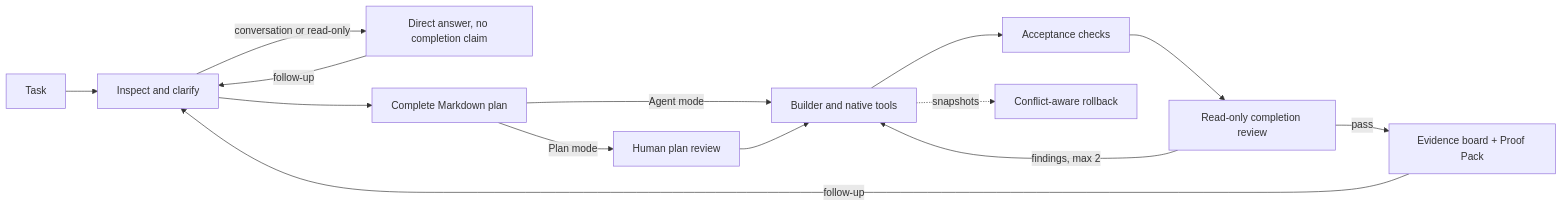
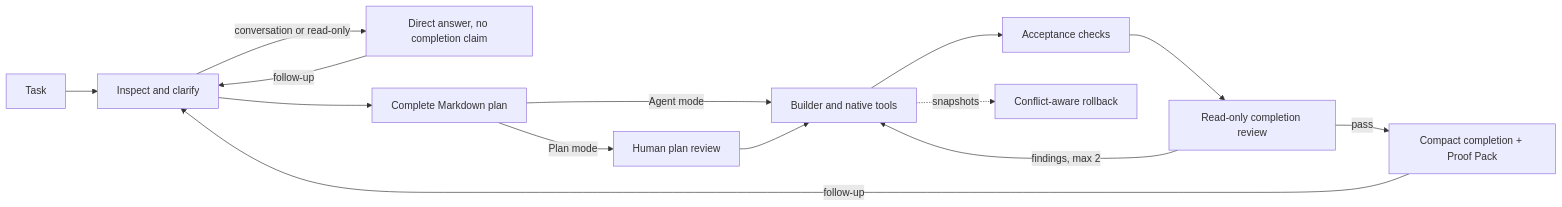
One commit to iamzwxyy/traceforge changed the diagram in README.md. Above: the diagram before and after it, drawn with Mermaid. The commit also changed other lines of this file and 31 other files, not shown here.

````diff
--- a/README.md
+++ b/README.md
@@ -127,16 +139,16 @@
 ```mermaid
 flowchart LR
     A[Task] --> B[Inspect and clarify]
     B -->|conversation or read-only| J[Direct answer, no completion claim]
     B --> C[Complete Markdown plan]
     C -->|Agent mode| D[Builder and native tools]
     C -->|Plan mode| H[Human plan review]
     H --> D
     D --> E[Acceptance checks]
     E --> F[Read-only completion review]
-    F -->|pass| G[Evidence board + Proof Pack]
+    F -->|pass| G[Compact completion + Proof Pack]
     F -->|findings, max 2| D
     G -->|follow-up| B
     J -->|follow-up| B
     D -. snapshots .-> I[Conflict-aware rollback]
 ```
````
